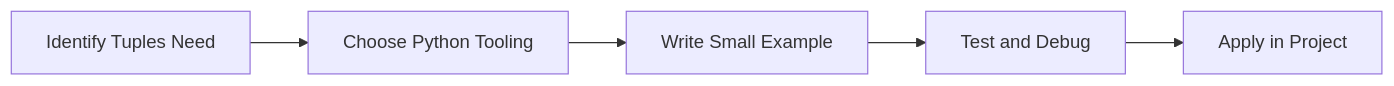
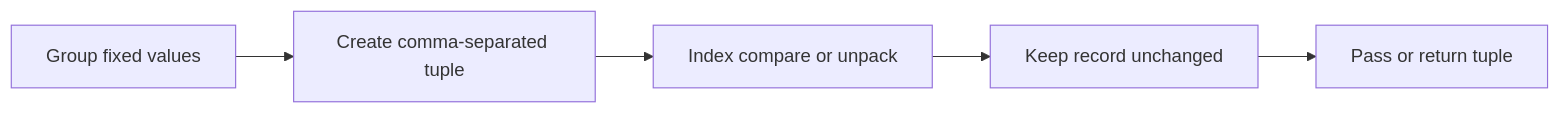
One commit to SYMOIZ/E-Learning-Portal changed the diagram in Python-Mastery/Beginner/18-tuples.md. Above: the diagram before and after it, drawn with Mermaid. The commit also changed other lines of this file and 116 other files, not shown here.

````diff
--- a/Python-Mastery/Beginner/18-tuples.md
+++ b/Python-Mastery/Beginner/18-tuples.md
@@ -129,7 +124,12 @@
 ```mermaid
 flowchart LR
-    A[Identify Tuples Need] --> B[Choose Python Tooling]
-    B --> C[Write Small Example]
-    C --> D[Test and Debug]
-    D --> E[Apply in Project]
+    A[Group fixed values]
+    B[Create comma-separated tuple]
+    C[Index compare or unpack]
+    D[Keep record unchanged]
+    E[Pass or return tuple]
+    A --> B
+    B --> C
+    C --> D
+    D --> E
 ```
````
